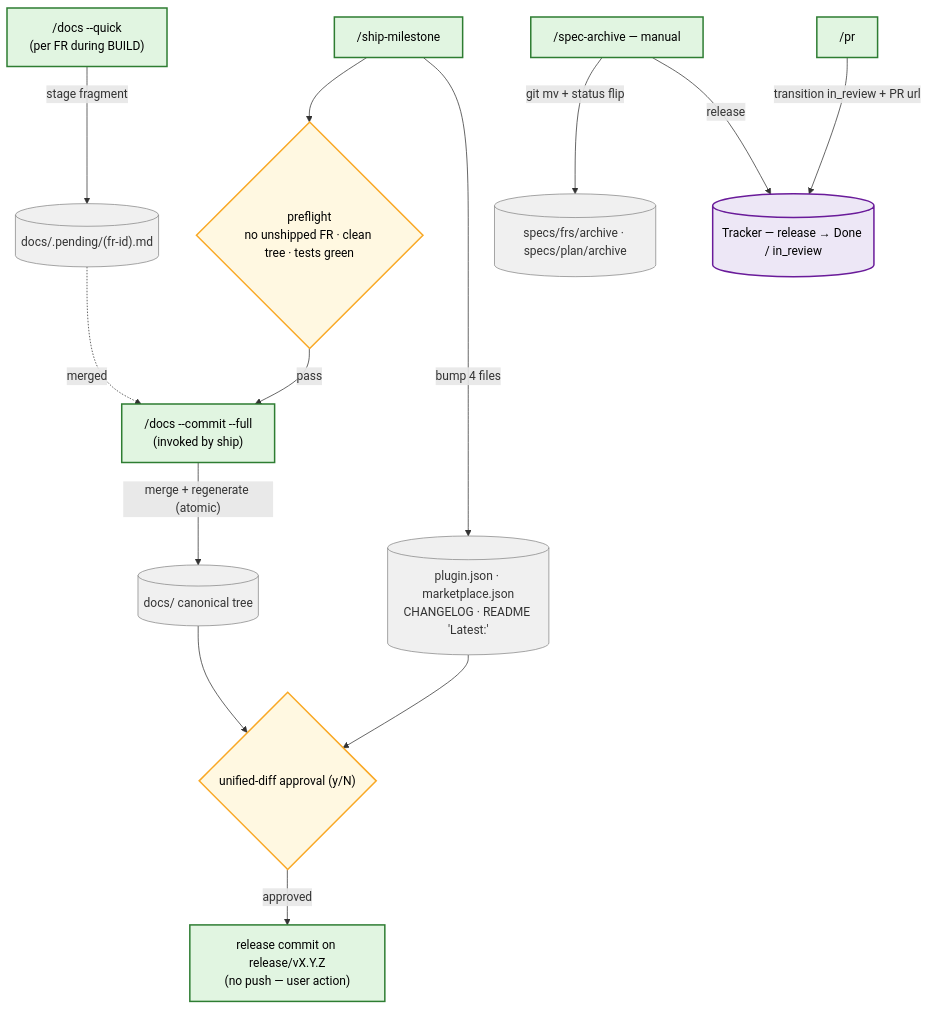
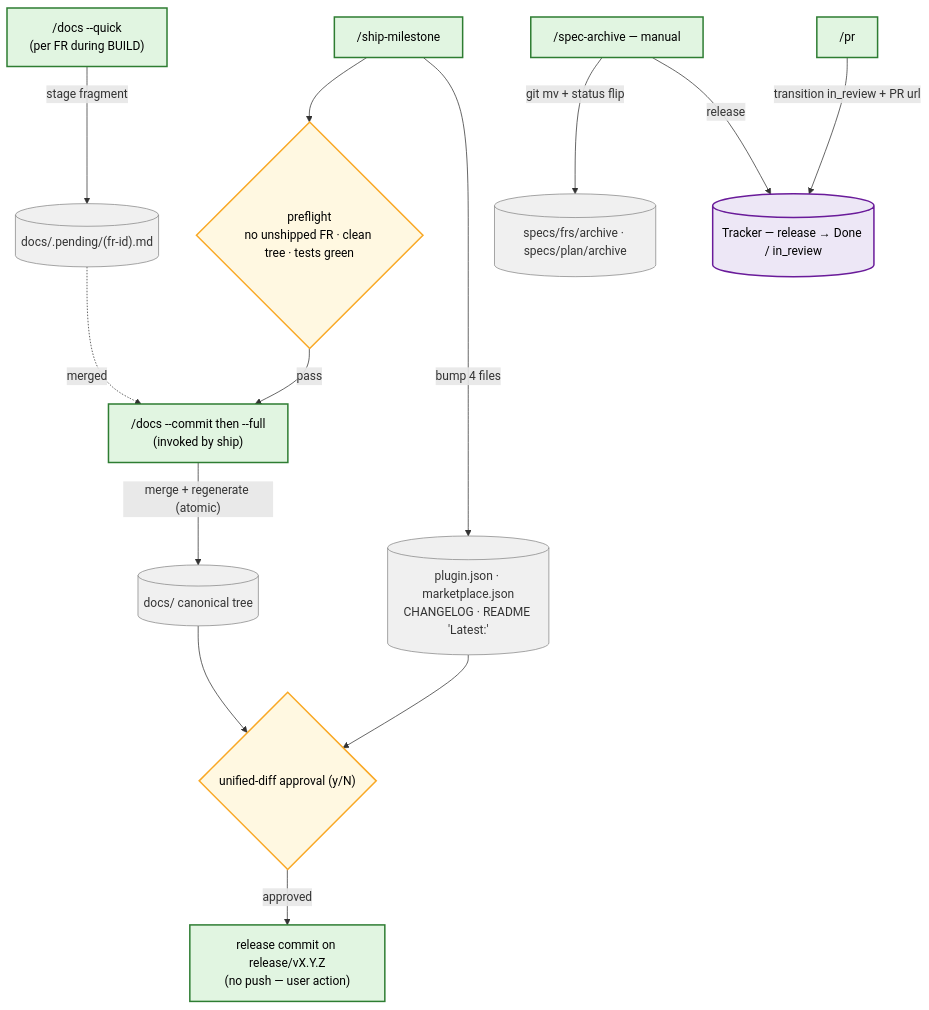
Before and after one commit to nesquikm/dev-process-toolkit: the fifth of 6 diagrams in plugins/dev-process-toolkit/docs/workflow-overview.md, drawn with Mermaid. The commit also changed other lines of this file and 71 other files, not shown here.

````diff
--- a/plugins/dev-process-toolkit/docs/workflow-overview.md
+++ b/plugins/dev-process-toolkit/docs/workflow-overview.md
@@ -144,34 +147,34 @@
 ```mermaid
 flowchart TD
     classDef skill fill:#e1f5e1,stroke:#2e7d32,stroke-width:2px,color:#000
     classDef gate fill:#fff8e1,stroke:#f9a825,stroke-width:2px,color:#000
     classDef artifact fill:#f0f0f0,stroke:#888,stroke-width:1px,color:#333
     classDef tracker fill:#ede7f6,stroke:#6a1b9a,stroke-width:2px,color:#000
 
     docsq["/docs --quick<br/>(per FR during BUILD)"]:::skill
     aPending[("docs/.pending/(fr-id).md")]:::artifact
     ship["/ship-milestone"]:::skill
     gShip{"preflight<br/>no unshipped FR · clean tree · tests green"}:::gate
-    docscf["/docs --commit --full<br/>(invoked by ship)"]:::skill
+    docscf["/docs --commit then --full<br/>(invoked by ship)"]:::skill
     aTree[("docs/ canonical tree")]:::artifact
     aRel[("plugin.json · marketplace.json<br/>CHANGELOG · README 'Latest:'")]:::artifact
     gDiff{"unified-diff approval (y/N)"}:::gate
     commit["release commit on release/vX.Y.Z<br/>(no push — user action)"]:::skill
 
     archive["/spec-archive — manual"]:::skill
     aArch[("specs/frs/archive · specs/plan/archive")]:::artifact
     pr["/pr"]:::skill
     trk[("Tracker — release → Done / in_review")]:::tracker
 
     docsq -->|"stage fragment"| aPending
     ship --> gShip -->|"pass"| docscf
     aPending -.->|"merged"| docscf
     docscf -->|"merge + regenerate (atomic)"| aTree
     ship -->|"bump 4 files"| aRel
     aTree --> gDiff
     aRel --> gDiff
     gDiff -->|"approved"| commit
     archive -->|"git mv + status flip"| aArch
     archive -->|"release"| trk
     pr -->|"transition in_review + PR url"| trk
 ```
````
